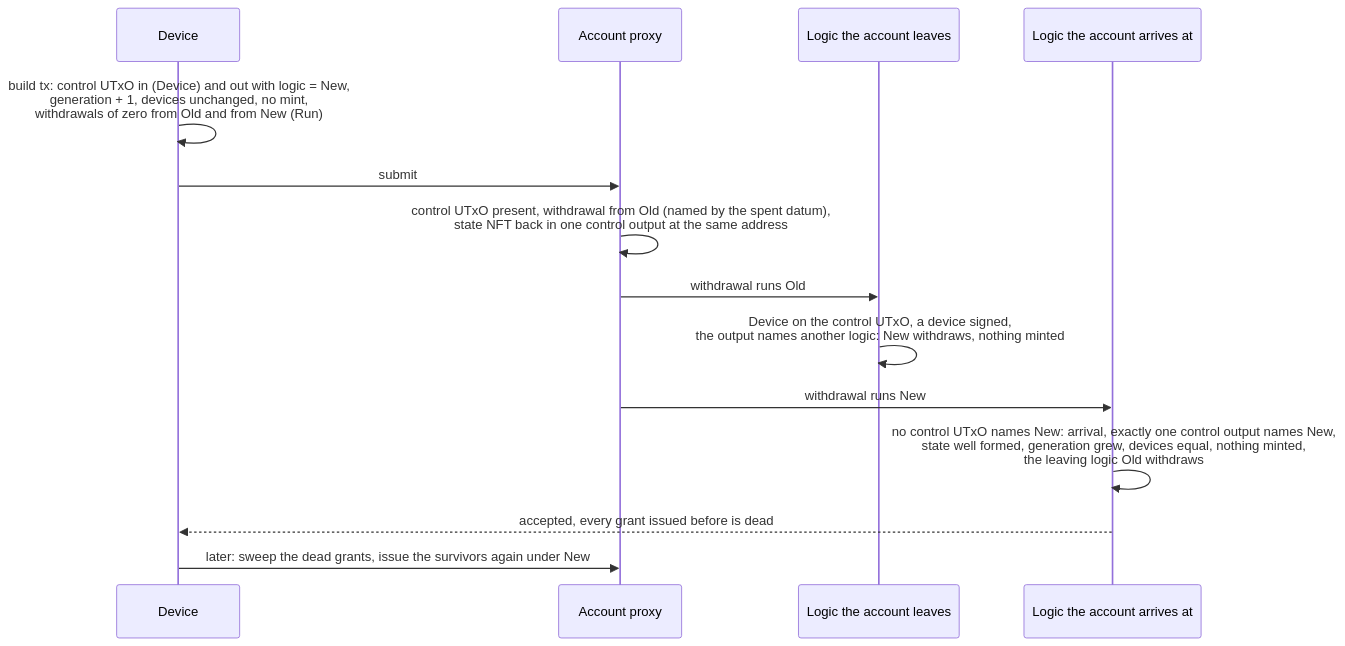
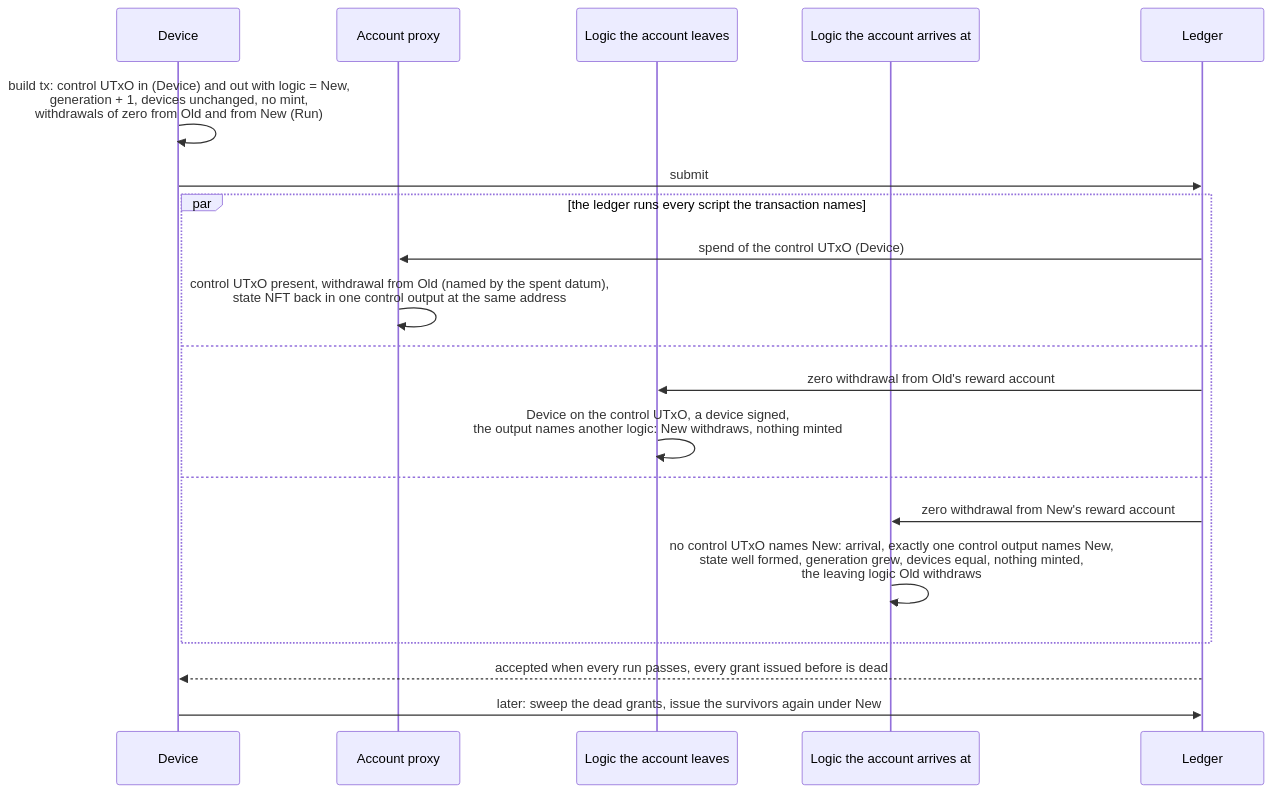
One commit to Biglup/cardano-account-custody-contract changed the sixth of 7 diagrams in README.md. Above: the diagram before and after it, drawn with Mermaid. The commit also changed other lines of this file and 1 other file, not shown here.

First line of the commit message:
docs: state what the contract does and where it has run

````diff
--- a/README.md
+++ b/README.md
@@ -259,17 +275,23 @@
 ```mermaid
 sequenceDiagram
     participant D as Device
     participant P as Account proxy
     participant Old as Logic the account leaves
     participant New as Logic the account arrives at
+    participant L as Ledger
 
     D->>D: build tx: control UTxO in (Device) and out with logic = New,<br/>generation + 1, devices unchanged, no mint,<br/>withdrawals of zero from Old and from New (Run)
-    D->>P: submit
-    P->>P: control UTxO present, withdrawal from Old (named by the spent datum),<br/>state NFT back in one control output at the same address
-    P->>Old: withdrawal runs Old
-    Old->>Old: Device on the control UTxO, a device signed,<br/>the output names another logic: New withdraws, nothing minted
-    P->>New: withdrawal runs New
-    New->>New: no control UTxO names New: arrival, exactly one control output names New,<br/>state well formed, generation grew, devices equal, nothing minted,<br/>the leaving logic Old withdraws
-    New-->>D: accepted, every grant issued before is dead
-    D->>P: later: sweep the dead grants, issue the survivors again under New
+    D->>L: submit
+    par the ledger runs every script the transaction names
+        L->>P: spend of the control UTxO (Device)
+        P->>P: control UTxO present, withdrawal from Old (named by the spent datum),<br/>state NFT back in one control output at the same address
+    and
+        L->>Old: zero withdrawal from Old's reward account
+        Old->>Old: Device on the control UTxO, a device signed,<br/>the output names another logic: New withdraws, nothing minted
+    and
+        L->>New: zero withdrawal from New's reward account
+        New->>New: no control UTxO names New: arrival, exactly one control output names New,<br/>state well formed, generation grew, devices equal, nothing minted,<br/>the leaving logic Old withdraws
+    end
+    L-->>D: accepted when every run passes, every grant issued before is dead
+    D->>L: later: sweep the dead grants, issue the survivors again under New
 ```
````
